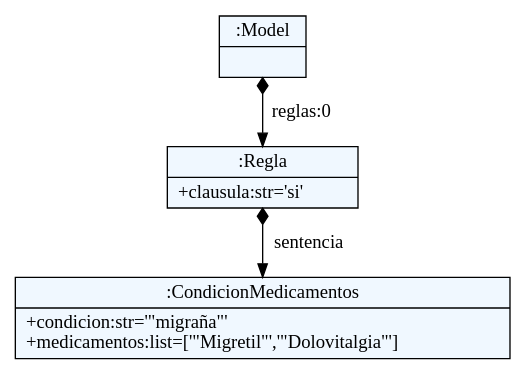
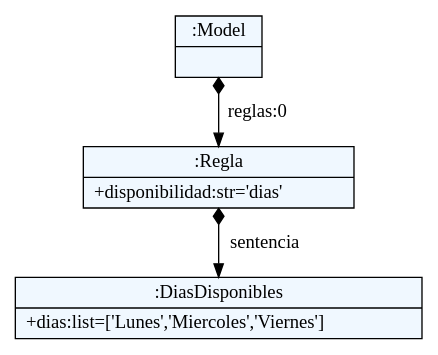
One commit to Patrick-beep-ui/KURE changed the diagram in dsl/ast.dot. Above: the diagram before and after it, drawn with Graphviz. The commit also changed 7 other files, not shown here.

```diff
--- a/dsl/ast.dot
+++ b/dsl/ast.dot
@@ -1,20 +1,20 @@
 
     digraph textX {
     fontname = "Bitstream Vera Sans"
     fontsize = 8
     node[
         shape=record,
         style=filled,
         fillcolor=aliceblue
     ]
     nodesep = 0.3
     edge[dir=black,arrowtail=empty]
 
 
-1848575253280 -> 1848575253424 [label="reglas:0" arrowtail=diamond dir=both]
-1848575253424 -> 1848575253568 [label="sentencia" arrowtail=diamond dir=both]
-1848575253568[label="{:CondicionMedicamentos|+condicion:str='\"migraña\"'\l+medicamentos:list=['\"Migretil\"','\"Dolovitalgia\"']\l}"]
-1848575253424[label="{:Regla|+clausula:str='si'\l}"]
-1848575253280[label="{:Model|}"]
+1420485581696 -> 1420485581744 [label="reglas:0" arrowtail=diamond dir=both]
+1420485581744 -> 1420485581600 [label="sentencia" arrowtail=diamond dir=both]
+1420485581600[label="{:DiasDisponibles|+dias:list=['Lunes','Miercoles','Viernes']\l}"]
+1420485581744[label="{:Regla|+disponibilidad:str='dias'\l}"]
+1420485581696[label="{:Model|}"]
 
 }
```
